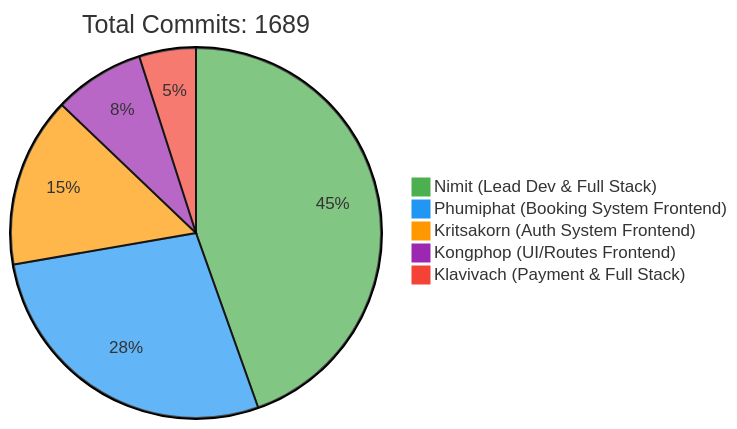
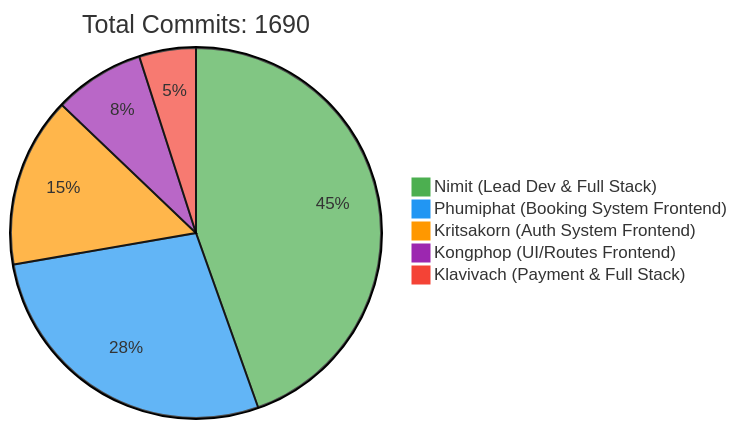
One commit to 6531503042/Sport-Complex changed the first of 2 diagrams in README.md. Above: the diagram before and after it, drawn with Mermaid. The commit also changed other lines of this file, not shown here.

Commit message:
docs: Update contributor statistics [skip ci]

````diff
--- a/README.md
+++ b/README.md
@@ -257,10 +257,10 @@
 ```mermaid
 %%{init: {'theme': 'base', 'themeVariables': { 'pie1': '#4CAF50', 'pie2': '#2196F3', 'pie3': '#FF9800', 'pie4': '#9C27B0', 'pie5': '#F44336'}}}%%
 pie
-    title Total Commits: 1689
+    title Total Commits: 1690
     "Nimit (Lead Dev & Full Stack)" : 450
     "Phumiphat (Booking System Frontend)" : 280
     "Kritsakorn (Auth System Frontend)" : 150
     "Kongphop (UI/Routes Frontend)" : 80
     "Klavivach (Payment & Full Stack)" : 50
 ```
````
